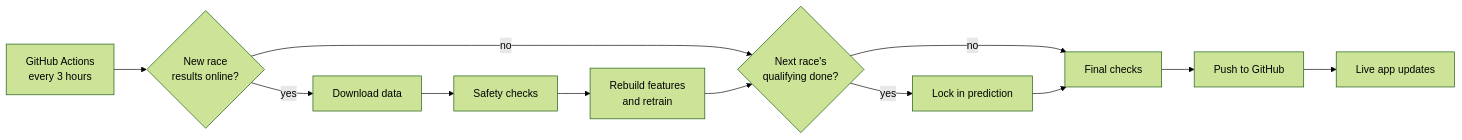
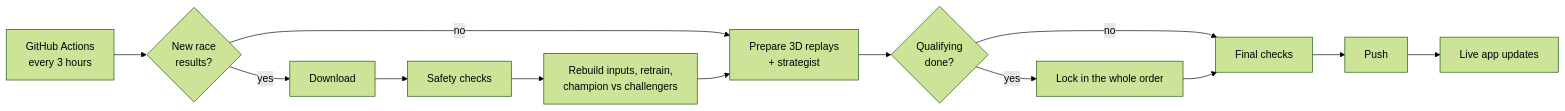
Before and after one commit to abeeryaseer24/f1-podium-predictor: the diagram in README.md, drawn with Mermaid (forest theme). The commit also changed other lines of this file, not shown here.

Commit message:
Rewrite README for the current app and model

````diff
--- a/README.md
+++ b/README.md
@@ -23,11 +54,11 @@
 ```mermaid
 flowchart LR
-    A[GitHub Actions<br/>every 3 hours] --> B{New race<br/>results online?}
-    B -- yes --> C[Download data] --> D[Safety checks] --> E[Rebuild features<br/>and retrain]
+    A[GitHub Actions<br/>every 3 hours] --> B{New race<br/>results?}
+    B -- yes --> C[Download] --> D[Safety checks] --> E[Rebuild inputs, retrain,<br/>champion vs challengers]
     B -- no --> F
-    E --> F{Next race's<br/>qualifying done?}
-    F -- yes --> G[Lock in prediction]
-    F -- no --> H
-    G --> H[Final checks]
-    H --> I[Push to GitHub] --> J[Live app updates]
+    E --> F[Prepare 3D replays<br/>+ strategist]
+    F --> G{Qualifying<br/>done?}
+    G -- yes --> H[Lock in the whole order]
+    G -- no --> I
+    H --> I[Final checks] --> J[Push] --> K[Live app updates]
 ```
````
